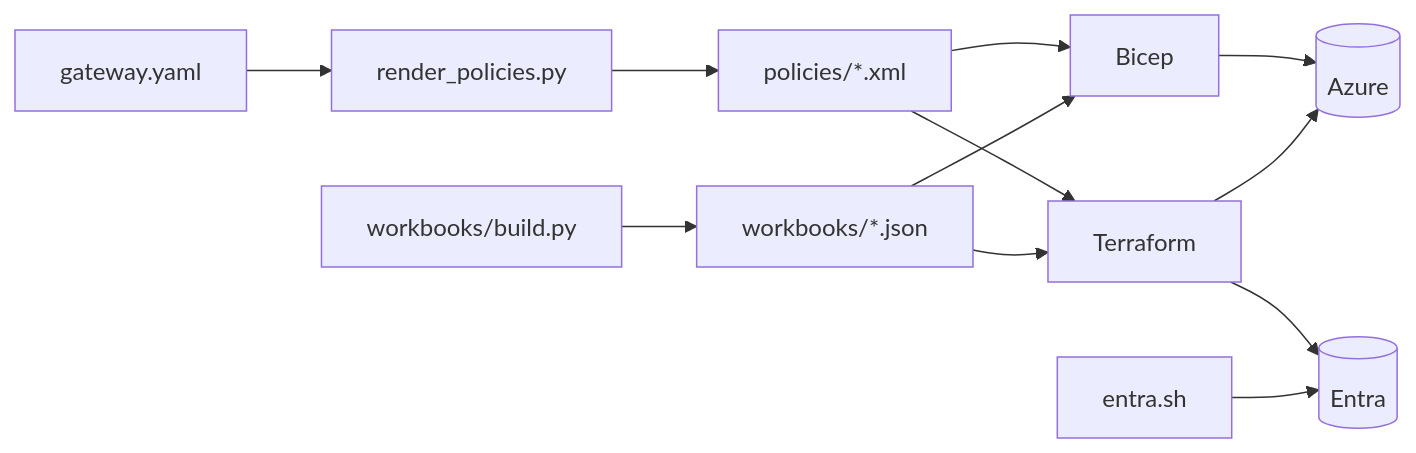
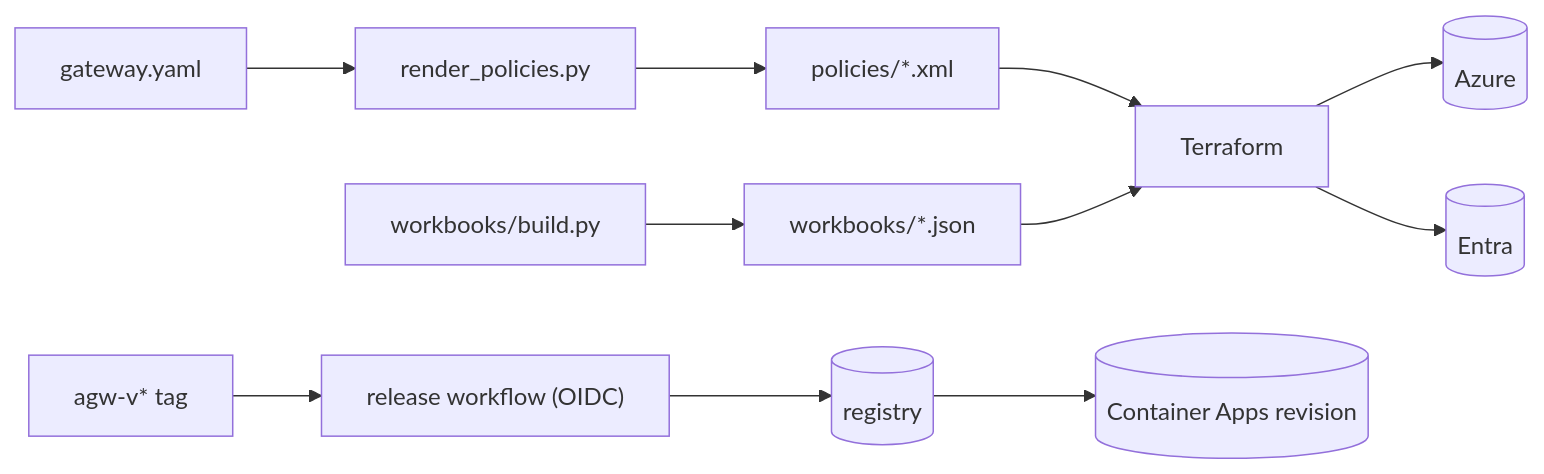
The diagram in docs/field-manual/11-iac.md (Lariat-Labs/security-tools-sdk), drawn with Mermaid before and after one commit. The commit also changed other lines of this file and 18 other files, not shown here.

First line of the commit message:
Agent gateway: Terraform only; remove Bicep and entra.sh

````diff
--- a/docs/field-manual/11-iac.md
+++ b/docs/field-manual/11-iac.md
@@ -11,10 +12,9 @@
 ```mermaid
 flowchart LR
     Y["gateway.yaml"] --> R["render_policies.py"] --> X["policies/*.xml"]
     B["workbooks/build.py"] --> W["workbooks/*.json"]
-    X & W --> BI["Bicep"] & TF["Terraform"]
-    BI --> AZ[("Azure")]
-    TF --> AZ
+    X & W --> TF["Terraform"]
+    TF --> AZ[("Azure")]
     TF --> EN[("Entra")]
-    S["entra.sh"] --> EN
+    T["agw-v* tag"] --> GH["release workflow (OIDC)"] --> ACR[("registry")] --> CA[("Container Apps revision")]
 ```
````
